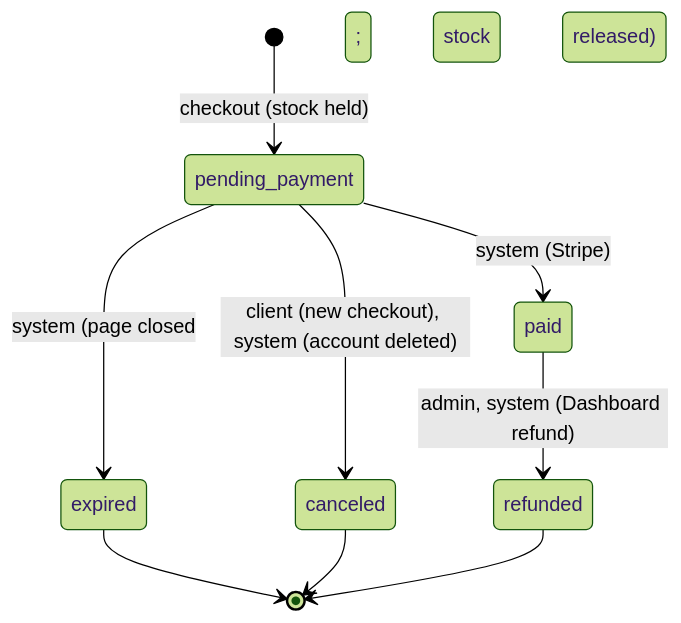
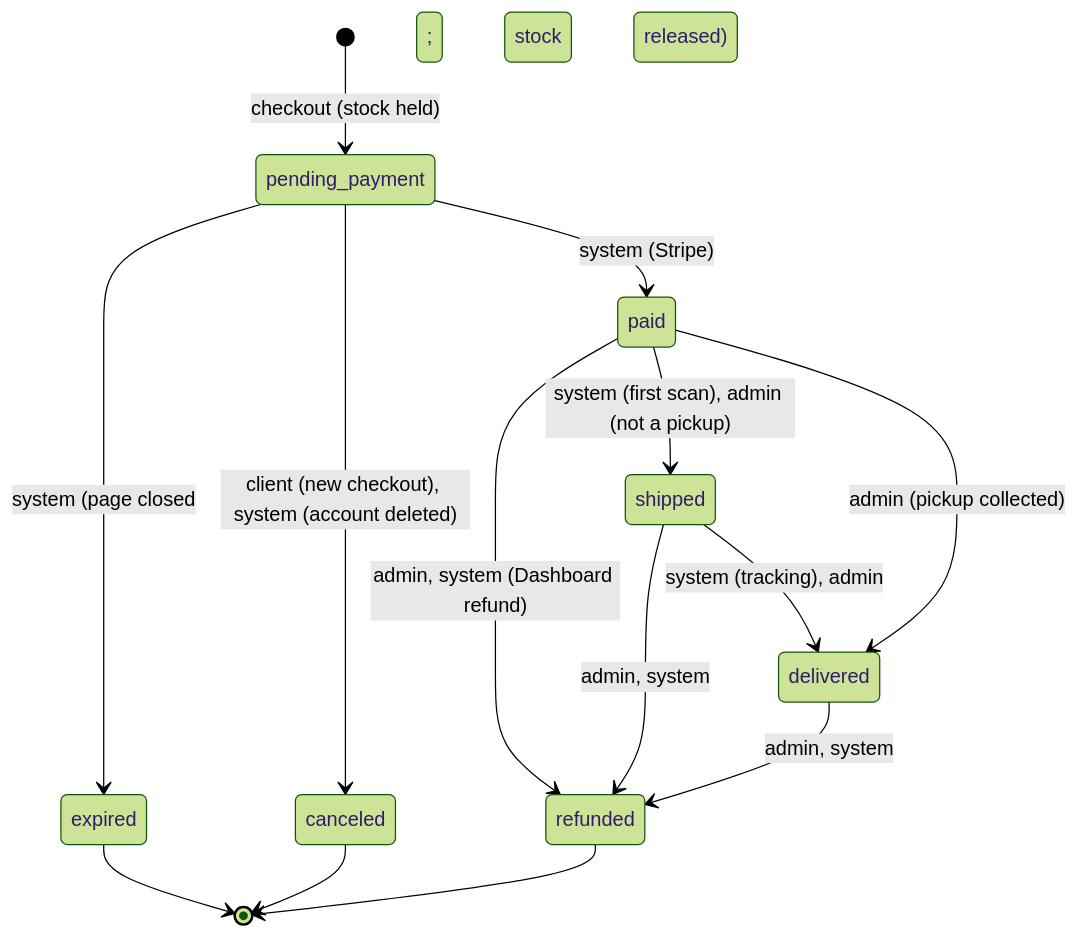
The second of 2 diagrams in docs/state-machine.md (NoboniSultan/marigold-and-ink), drawn with Mermaid (forest theme) before and after one commit. The commit also changed other lines of this file and 6 other files, not shown here.

````diff
--- a/docs/state-machine.md
+++ b/docs/state-machine.md
@@ -85,11 +85,16 @@
 ```mermaid
 stateDiagram-v2
     [*] --> pending_payment: checkout (stock held)
     pending_payment --> paid: system (Stripe)
     pending_payment --> expired: system (page closed; stock released)
     pending_payment --> canceled: client (new checkout), system (account deleted)
+    paid --> shipped: system (first scan), admin (not a pickup)
+    shipped --> delivered: system (tracking), admin
+    paid --> delivered: admin (pickup collected)
     paid --> refunded: admin, system (Dashboard refund)
+    shipped --> refunded: admin, system
+    delivered --> refunded: admin, system
     expired --> [*]
     canceled --> [*]
     refunded --> [*]
 ```
````
